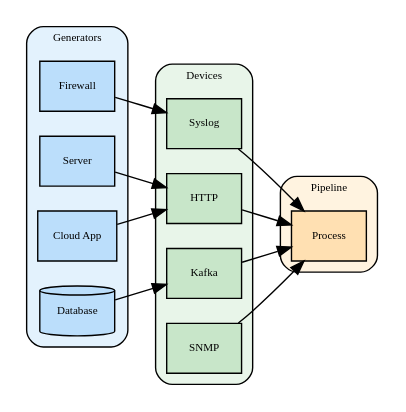
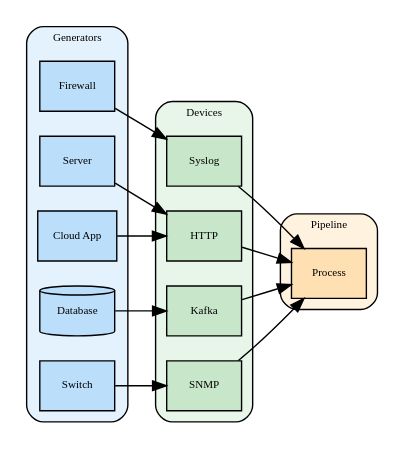
One commit to VirtualMetric/virtualmetric-docs changed the diagram in static/img/graphics/devices-flow.dot. Above: the diagram before and after it, drawn with Graphviz. The commit also changed 9 other files, not shown here.

First line of the commit message:
Update overview graphics with fixes and new routes diagram

```diff
--- a/static/img/graphics/devices-flow.dot
+++ b/static/img/graphics/devices-flow.dot
@@ -1,52 +1,54 @@
 digraph devicesFlow {
    rankdir=LR
    node [shape=box style=filled fillcolor="#f0f0f0" fontname="Calibri" fontsize=8]
 
    // Left: Generators (data sources)
    subgraph cluster_generators {
       label="Generators"
       style="rounded,filled"
       fillcolor="#e3f2fd"
       fontname="Calibri"
       fontsize=8
       firewall [label="Firewall" shape=box fillcolor="#bbdefb"]
       server [label="Server" shape=box fillcolor="#bbdefb"]
       cloudapp [label="Cloud App" shape=box fillcolor="#bbdefb"]
       database [label="Database" shape=cylinder fillcolor="#bbdefb"]
+      switch [label="Switch" shape=box fillcolor="#bbdefb"]
    }
 
    // Middle: Devices
    subgraph cluster_devices {
       label="Devices"
       style="rounded,filled"
       fillcolor="#e8f5e9"
       fontname="Calibri"
       fontsize=8
       syslog [label="Syslog" shape=box fillcolor="#c8e6c9"]
       http [label="HTTP" shape=box fillcolor="#c8e6c9"]
       kafka [label="Kafka" shape=box fillcolor="#c8e6c9"]
       snmp [label="SNMP" shape=box fillcolor="#c8e6c9"]
    }
 
    // Right: Pipeline handoff
    subgraph cluster_pipeline {
       label="Pipeline"
       style="rounded,filled"
       fillcolor="#fff3e0"
       fontname="Calibri"
       fontsize=8
       process [label="Process" shape=box fillcolor="#ffe0b2"]
    }
 
    // Connections from generators to devices
    firewall -> syslog
    server -> http
    cloudapp -> http
    database -> kafka
+   switch -> snmp
 
    // Connections from devices to pipeline
    syslog -> process
    http -> process
    kafka -> process
    snmp -> process
 }
```
